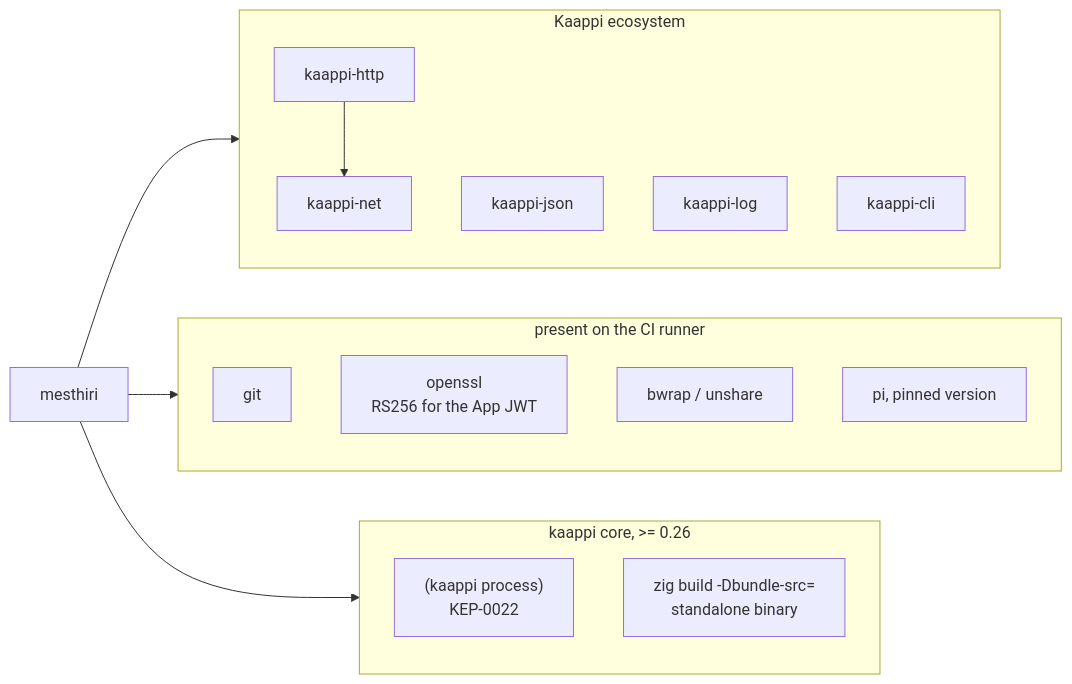
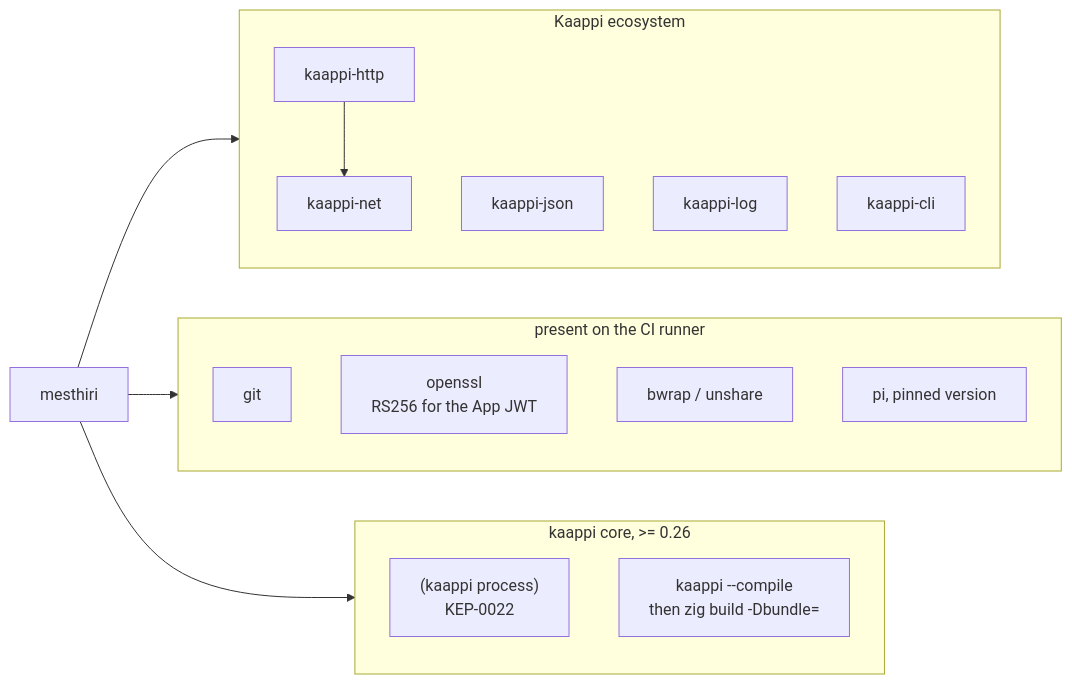
One commit to mesthiri/mesthiri changed the seventh of 7 diagrams in docs/architecture.md. Above: the diagram before and after it, drawn with Mermaid. The commit also changed 4 other files, not shown here.

````diff
--- a/docs/architecture.md
+++ b/docs/architecture.md
@@ -291,26 +291,26 @@
 ```mermaid
 flowchart LR
   subgraph kaappi["Kaappi ecosystem"]
     direction TB
     http["kaappi-http"]
     json["kaappi-json"]
     log2["kaappi-log"]
     cli["kaappi-cli"]
     net["kaappi-net"]
   end
   subgraph runner["present on the CI runner"]
     direction TB
     git["git"]
     openssl["openssl<br/>RS256 for the App JWT"]
     bwrap["bwrap / unshare"]
     pi["pi, pinned version"]
   end
   subgraph core["kaappi core, >= 0.26"]
     process["(kaappi process)<br/>KEP-0022"]
-    bundle["zig build -Dbundle-src=<br/>standalone binary"]
+    bundle["kaappi --compile<br/>then zig build -Dbundle="]
   end
   m["mesthiri"] --> kaappi
   m --> runner
   m --> core
   http --> net
 ```
````
